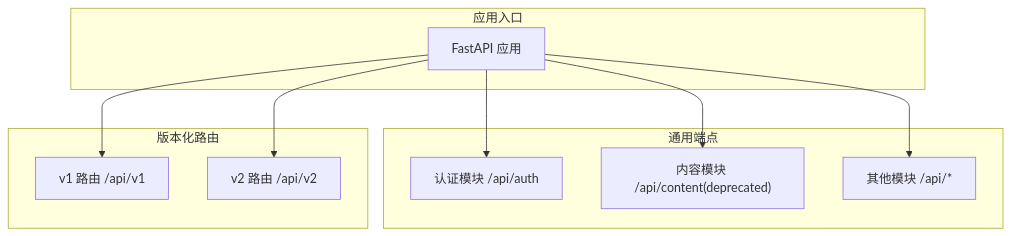
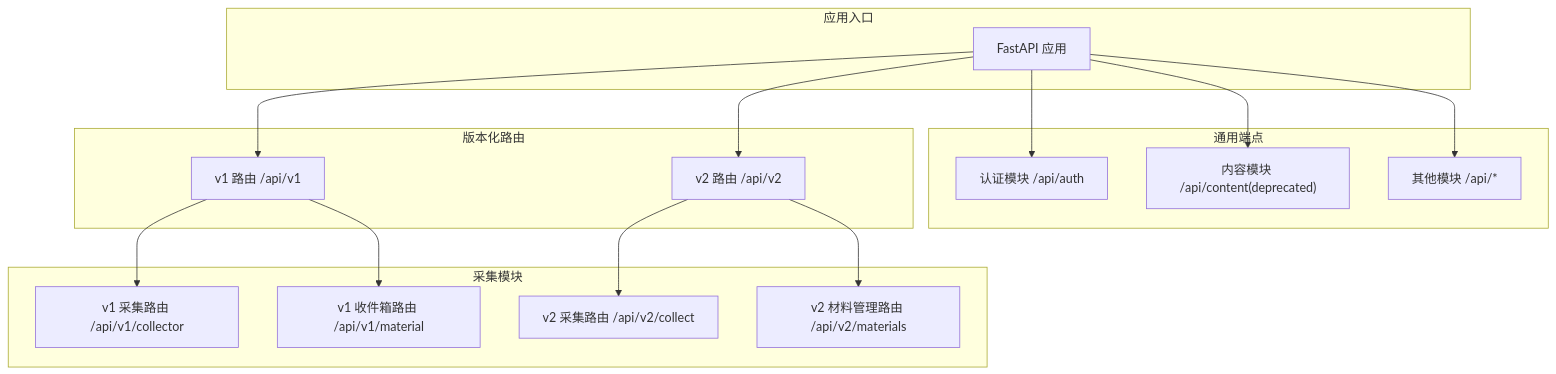
One commit to dream-ze/AI_huoke- changed the first of 9 diagrams in .qoder/repowiki/zh/content/后端服务架构/API路由系统.md. Above: the diagram before and after it, drawn with Mermaid. The commit also changed other lines of this file and 52 other files, not shown here.

````diff
--- a/.qoder/repowiki/zh/content/后端服务架构/API路由系统.md
+++ b/.qoder/repowiki/zh/content/后端服务架构/API路由系统.md
@@ -41,20 +61,30 @@
 ```mermaid
 graph TB
 subgraph "应用入口"
 MAIN["FastAPI 应用"]
 end
 subgraph "通用端点"
 AUTH["认证模块 /api/auth"]
 CONTENT["内容模块 /api/content(deprecated)"]
 OTHERS["其他模块 /api/*"]
 end
 subgraph "版本化路由"
 V1["v1 路由 /api/v1"]
 V2["v2 路由 /api/v2"]
 end
+subgraph "采集模块"
+COLLECT_V1["v1 采集路由 /api/v1/collector"]
+INBOX_V1["v1 收件箱路由 /api/v1/material"]
+COLLECT_V2["v2 采集路由 /api/v2/collect"]
+MATERIALS_V2["v2 材料管理路由 /api/v2/materials"]
+end
 MAIN --> AUTH
 MAIN --> CONTENT
 MAIN --> OTHERS
 MAIN --> V1
 MAIN --> V2
+V1 --> COLLECT_V1
+V1 --> INBOX_V1
+V2 --> COLLECT_V2
+V2 --> MATERIALS_V2
 ```
````
